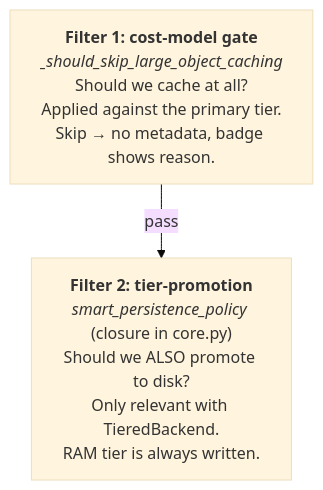
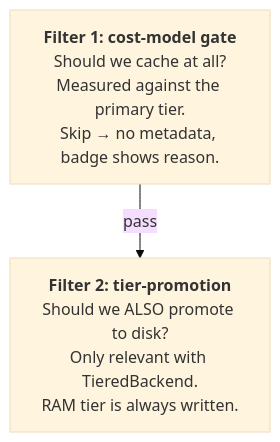
Before and after one commit to galgtonold/cash: the diagram in docs/cost-model.md, drawn with Mermaid (base theme). The commit also changed other lines of this file, not shown here.

First line of the commit message:
docs(cost-model): restructure user-first; fix backend-kind, env-var, and grammar errors

````diff
--- a/docs/cost-model.md
+++ b/docs/cost-model.md
@@ -16,6 +223,6 @@
 ```mermaid
 flowchart TD
-    F1["<b>Filter 1: cost-model gate</b><br/><i>_should_skip_large_object_caching</i><br/>Should we cache at all?<br/>Applied against the primary tier.<br/>Skip → no metadata, badge shows reason."]
-    F2["<b>Filter 2: tier-promotion</b><br/><i>smart_persistence_policy</i> (closure in core.py)<br/>Should we ALSO promote to disk?<br/>Only relevant with TieredBackend.<br/>RAM tier is always written."]
+    F1["<b>Filter 1: cost-model gate</b><br/>Should we cache at all?<br/>Measured against the primary tier.<br/>Skip → no metadata, badge shows reason."]
+    F2["<b>Filter 2: tier-promotion</b><br/>Should we ALSO promote to disk?<br/>Only relevant with TieredBackend.<br/>RAM tier is always written."]
     F1 -- pass --> F2
 ```
````
